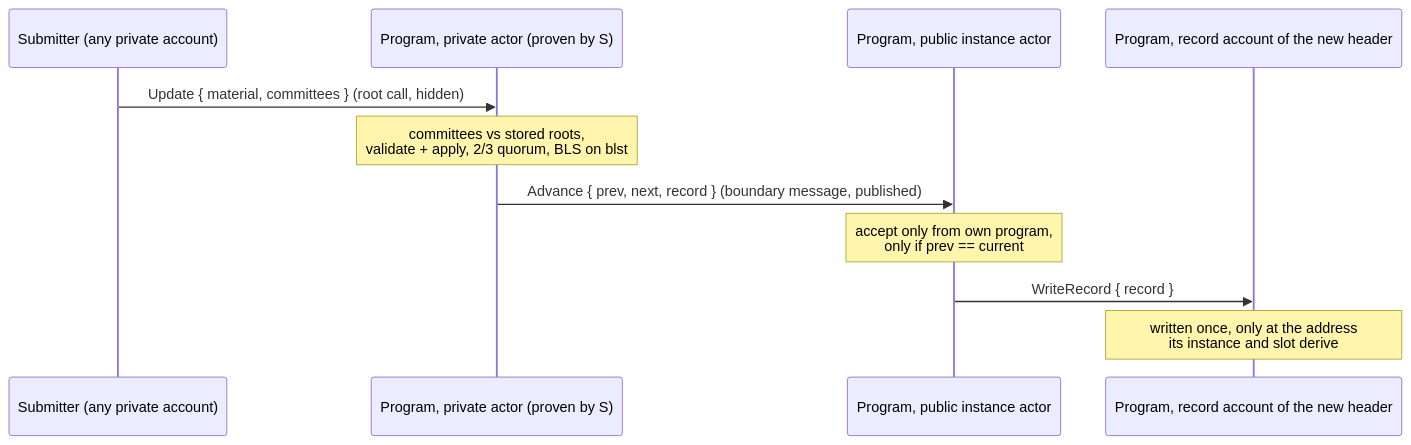
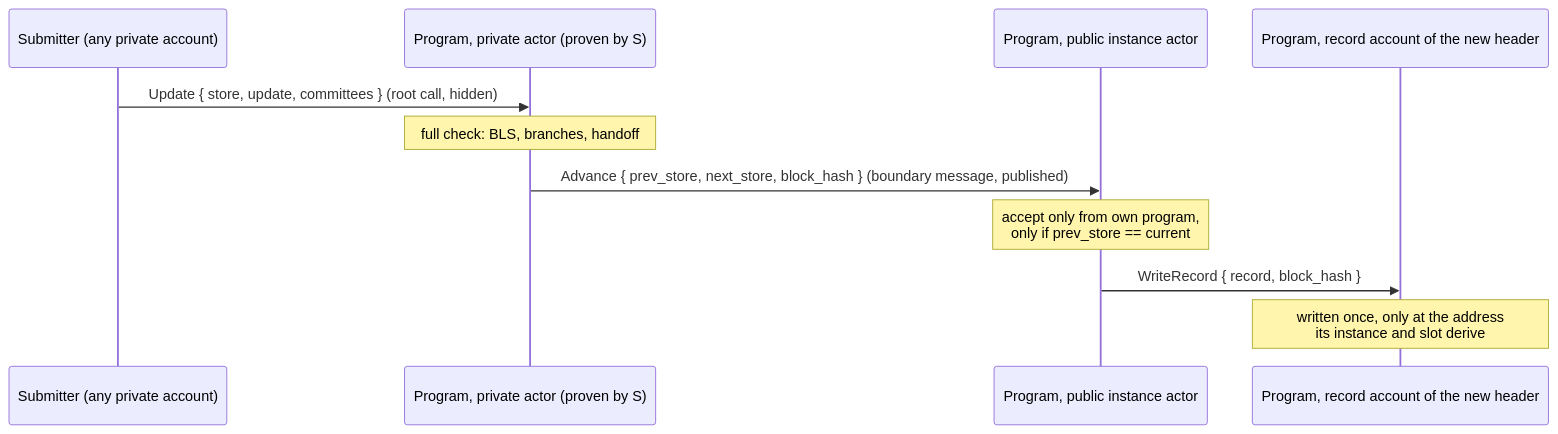
The diagram in rfp-021/proposal.md (vineetpant/lez-rfp021-experiment), drawn with Mermaid before and after one commit. The commit also changed other lines of this file and 1 other file, not shown here.

Commit message:
Restore the original proposal and README, with the verifier on blst and the 9 Nov numbers

````diff
--- a/rfp-021/proposal.md
+++ b/rfp-021/proposal.md
@@ -140,13 +149,13 @@
 ```mermaid
 sequenceDiagram
     participant S as Submitter (any private account)
     participant P as Program, private actor (proven by S)
     participant I as Program, public instance actor
+    S->>P: Update { store, update, committees }   (root call, hidden)
+    Note over P: full check: BLS, branches, handoff
     participant R as Program, record account of the new header
-    S->>P: Update { material, committees }   (root call, hidden)
-    Note over P: committees vs stored roots,<br/>validate + apply, 2/3 quorum, BLS on blst
-    P->>I: Advance { prev, next, record }   (boundary message, published)
-    Note over I: accept only from own program,<br/>only if prev == current
-    I->>R: WriteRecord { record }
+    P->>I: Advance { prev_store, next_store, block_hash }   (boundary message, published)
+    Note over I: accept only from own program,<br/>only if prev_store == current
+    I->>R: WriteRecord { record, block_hash }
     Note over R: written once, only at the address<br/>its instance and slot derive
 ```
````
